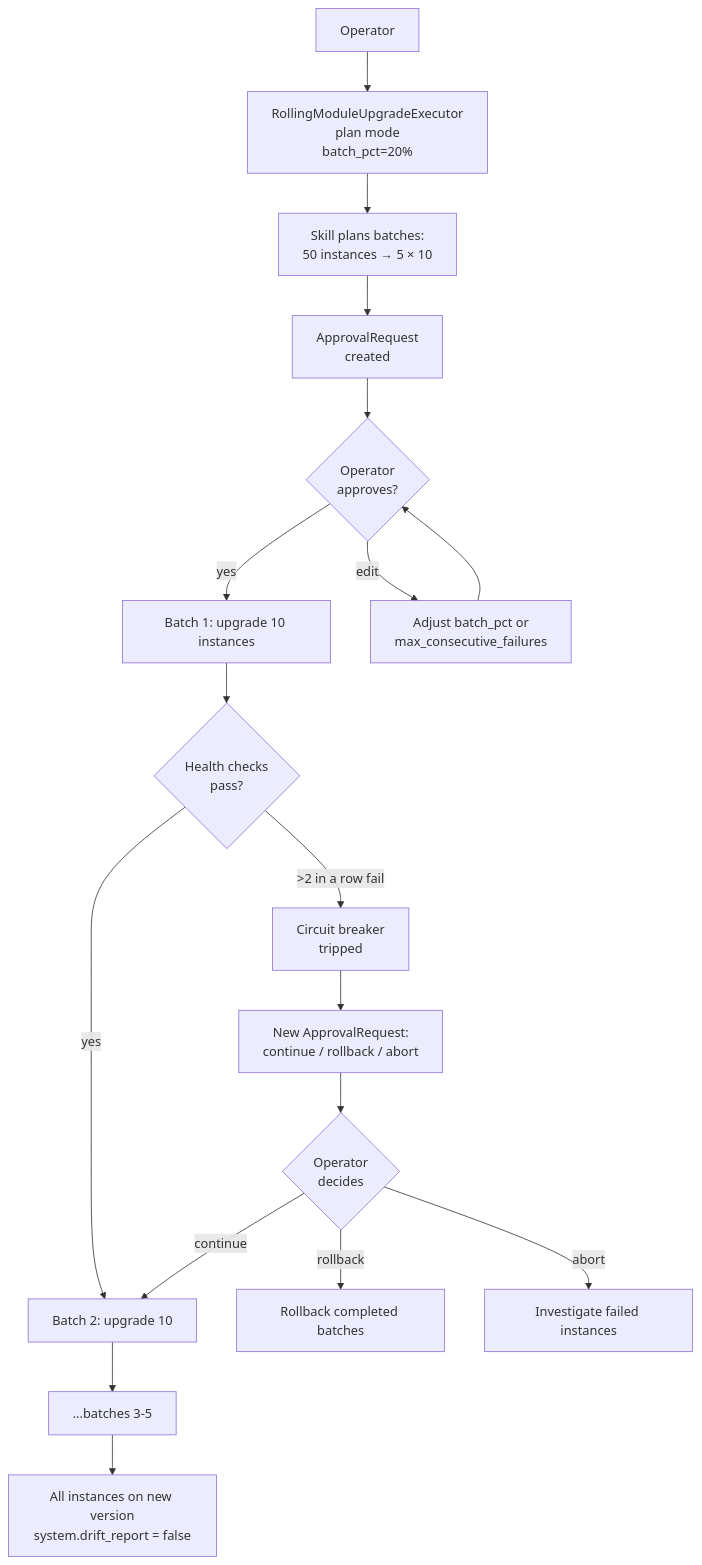
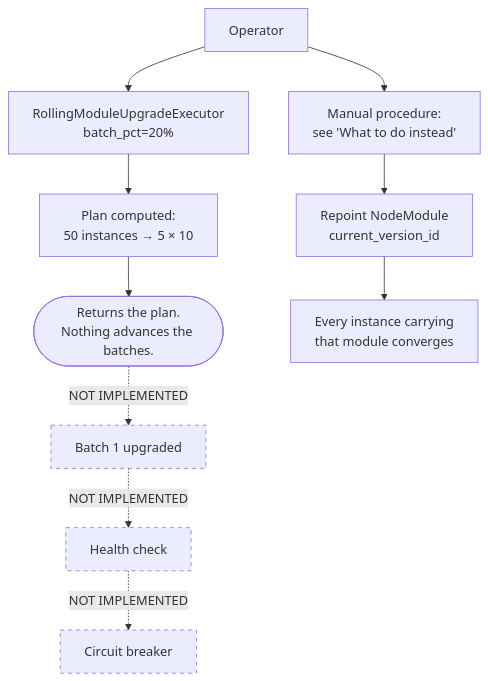
One commit to nodealchemy/powernode-system changed the diagram in docs/tutorials/06-rolling-upgrade.md. Above: the diagram before and after it, drawn with Mermaid. The commit also changed other lines of this file and 9 other files, not shown here.

````diff
--- a/docs/tutorials/06-rolling-upgrade.md
+++ b/docs/tutorials/06-rolling-upgrade.md
@@ -21,20 +36,18 @@
 ```mermaid
 flowchart TD
-    Op[Operator] --> Plan[RollingModuleUpgradeExecutor<br/>plan mode<br/>batch_pct=20%]
-    Plan --> Plan2[Skill plans batches:<br/>50 instances → 5 × 10]
-    Plan2 --> Apr[ApprovalRequest<br/>created]
-    Apr --> Op2{Operator<br/>approves?}
-    Op2 -->|yes| B1[Batch 1: upgrade 10 instances]
-    Op2 -->|edit| Edit[Adjust batch_pct or<br/>max_consecutive_failures]
-    Edit --> Op2
-    B1 --> H1{Health checks<br/>pass?}
-    H1 -->|yes| B2[Batch 2: upgrade 10]
-    H1 -->|>2 in a row fail| CB[Circuit breaker<br/>tripped]
-    CB --> Apr2[New ApprovalRequest:<br/>continue / rollback / abort]
-    Apr2 --> Op3{Operator<br/>decides}
-    Op3 -->|continue| B2
-    Op3 -->|rollback| RB[Rollback completed batches]
-    Op3 -->|abort| Stop[Investigate failed instances]
-    B2 --> B3[...batches 3-5]
-    B3 --> Done[All instances on new version<br/>system.drift_report = false]
+    Op[Operator] --> Plan[RollingModuleUpgradeExecutor<br/>batch_pct=20%]
+    Plan --> Plan2[Plan computed:<br/>50 instances → 5 × 10]
+    Plan2 --> Stop([Returns the plan.<br/>Nothing advances the batches.])
+
+    Stop -.->|NOT IMPLEMENTED| Ghost1[Batch 1 upgraded]
+    Ghost1 -.->|NOT IMPLEMENTED| Ghost2[Health check]
+    Ghost2 -.->|NOT IMPLEMENTED| Ghost3[Circuit breaker]
+
+    Op --> Manual[Manual procedure:<br/>see 'What to do instead']
+    Manual --> Ptr[Repoint NodeModule<br/>current_version_id]
+    Ptr --> Fleet[Every instance carrying<br/>that module converges]
+
+    style Ghost1 stroke-dasharray: 5 5
+    style Ghost2 stroke-dasharray: 5 5
+    style Ghost3 stroke-dasharray: 5 5
 ```
````
